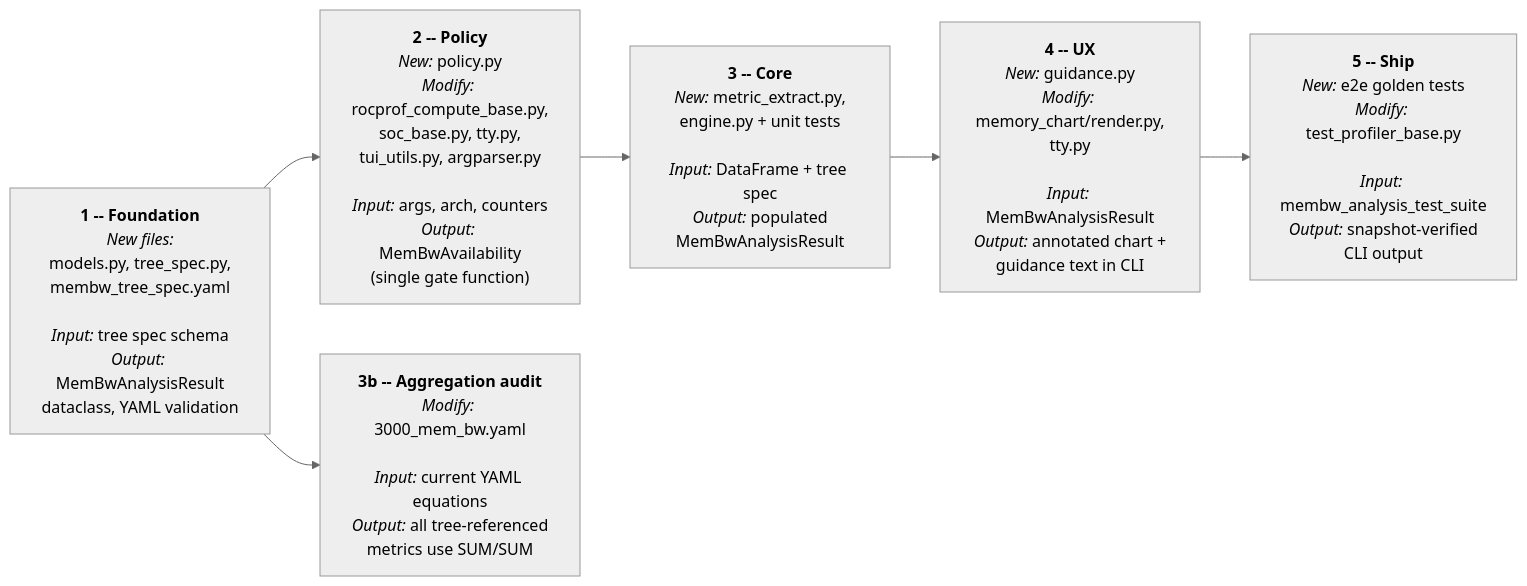
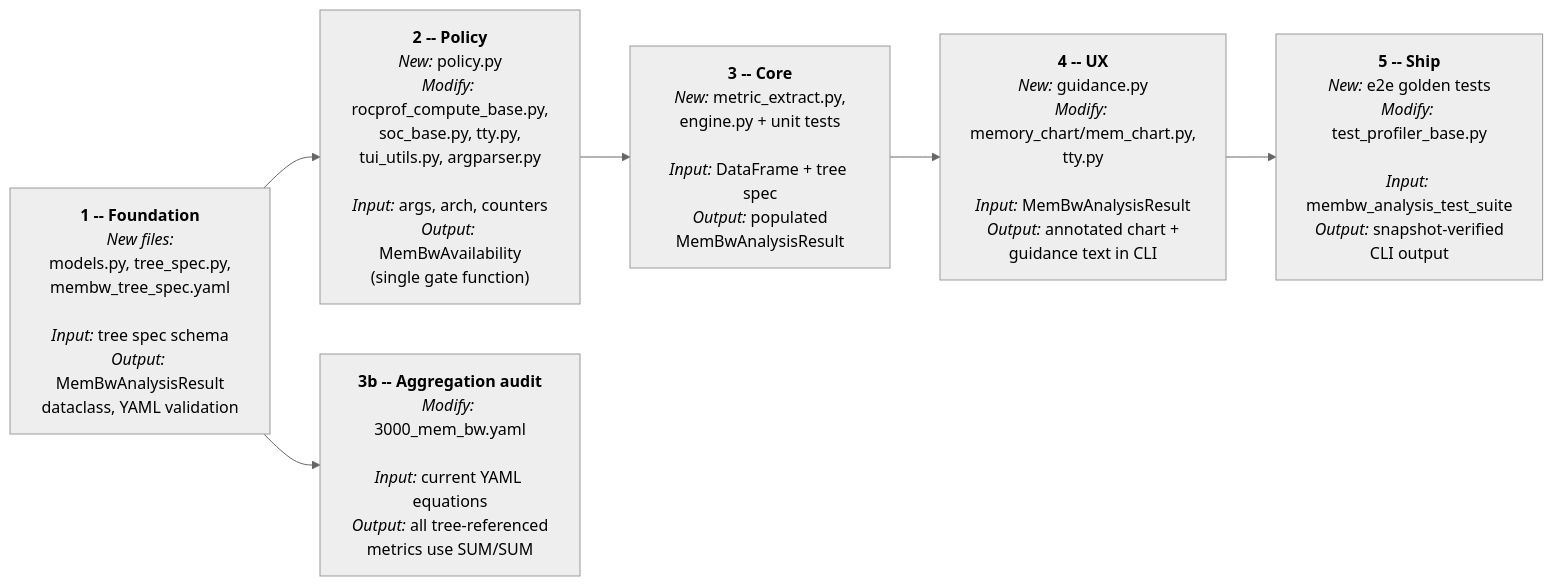
The third of 3 diagrams in projects/rocprofiler-compute/docs/design/hld-membw-guided-analysis-in-memchart.md (ROCm/rocm-systems), drawn with Mermaid (neutral theme) before and after one commit. The commit also changed other lines of this file and 9 other files, not shown here.

First line of the commit message:
feat(rocprofiler-compute): draw the memory chart from its layout

````diff
--- a/projects/rocprofiler-compute/docs/design/hld-membw-guided-analysis-in-memchart.md
+++ b/projects/rocprofiler-compute/docs/design/hld-membw-guided-analysis-in-memchart.md
@@ -286,20 +286,20 @@
 ```mermaid
 flowchart LR
     P1["<b>1 -- Foundation</b><br/><i>New files:</i><br/>models.py, tree_spec.py,<br/>membw_tree_spec.yaml<br/><br/><i>Input:</i> tree spec schema<br/><i>Output:</i> MemBwAnalysisResult<br/>dataclass, YAML validation"]
 
     P2["<b>2 -- Policy</b><br/><i>New:</i> policy.py<br/><i>Modify:</i> rocprof_compute_base.py,<br/>soc_base.py, tty.py,<br/>tui_utils.py, argparser.py<br/><br/><i>Input:</i> args, arch, counters<br/><i>Output:</i> MemBwAvailability<br/>(single gate function)"]
 
     P3["<b>3 -- Core</b><br/><i>New:</i> metric_extract.py,<br/>engine.py + unit tests<br/><br/><i>Input:</i> DataFrame + tree spec<br/><i>Output:</i> populated<br/>MemBwAnalysisResult"]
 
     P3b["<b>3b -- Aggregation audit</b><br/><i>Modify:</i> 3000_mem_bw.yaml<br/><br/><i>Input:</i> current YAML equations<br/><i>Output:</i> all tree-referenced<br/>metrics use SUM/SUM"]
 
-    P4["<b>4 -- UX</b><br/><i>New:</i> guidance.py<br/><i>Modify:</i> memory_chart/render.py,<br/>tty.py<br/><br/><i>Input:</i> MemBwAnalysisResult<br/><i>Output:</i> annotated chart +<br/>guidance text in CLI"]
+    P4["<b>4 -- UX</b><br/><i>New:</i> guidance.py<br/><i>Modify:</i> memory_chart/mem_chart.py,<br/>tty.py<br/><br/><i>Input:</i> MemBwAnalysisResult<br/><i>Output:</i> annotated chart +<br/>guidance text in CLI"]
 
     P5["<b>5 -- Ship</b><br/><i>New:</i> e2e golden tests<br/><i>Modify:</i> test_profiler_base.py<br/><br/><i>Input:</i> membw_analysis_test_suite<br/><i>Output:</i> snapshot-verified<br/>CLI output"]
 
     P1 --> P2
     P1 --> P3b
     P2 --> P3
     P3 --> P4
     P4 --> P5
 ```
````
